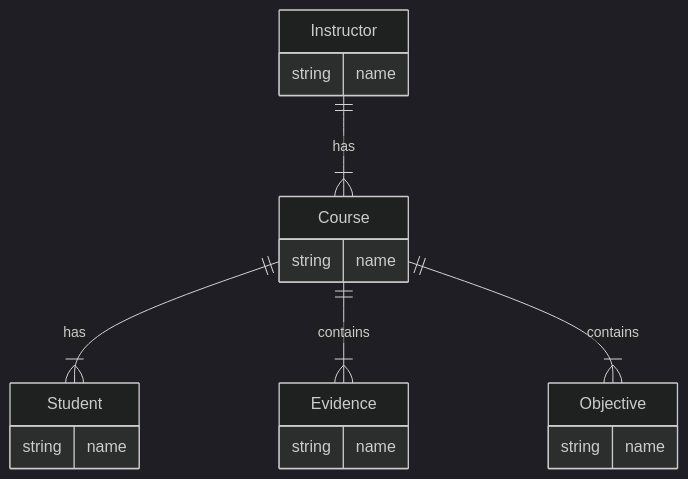
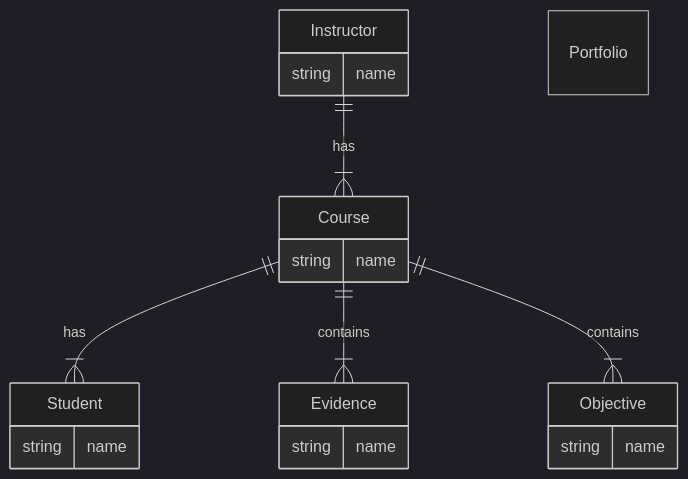
One commit to gurunate/learning-portrait changed the diagram in docs/domain-model.md. Above: the diagram before and after it, drawn with Mermaid (dark theme). The commit also changed 16 other files, not shown here.

````diff
--- a/docs/domain-model.md
+++ b/docs/domain-model.md
@@ -11,28 +11,31 @@
 ```mermaid
 erDiagram
     Course
     Instructor ||--|{ Course: has
     Course  ||--|{ Student: has
     Course ||--|{ Evidence: contains
     Course ||--|{ Objective : contains
 
     Instructor {
         string name
     }
 
     Course {
         string name
     }
 
     Student {
         string name
     }
 
     Evidence {
         string name
     }
 
     Objective {
         string name
     }
+    Portfolio {
+
+    }
 ```
````
